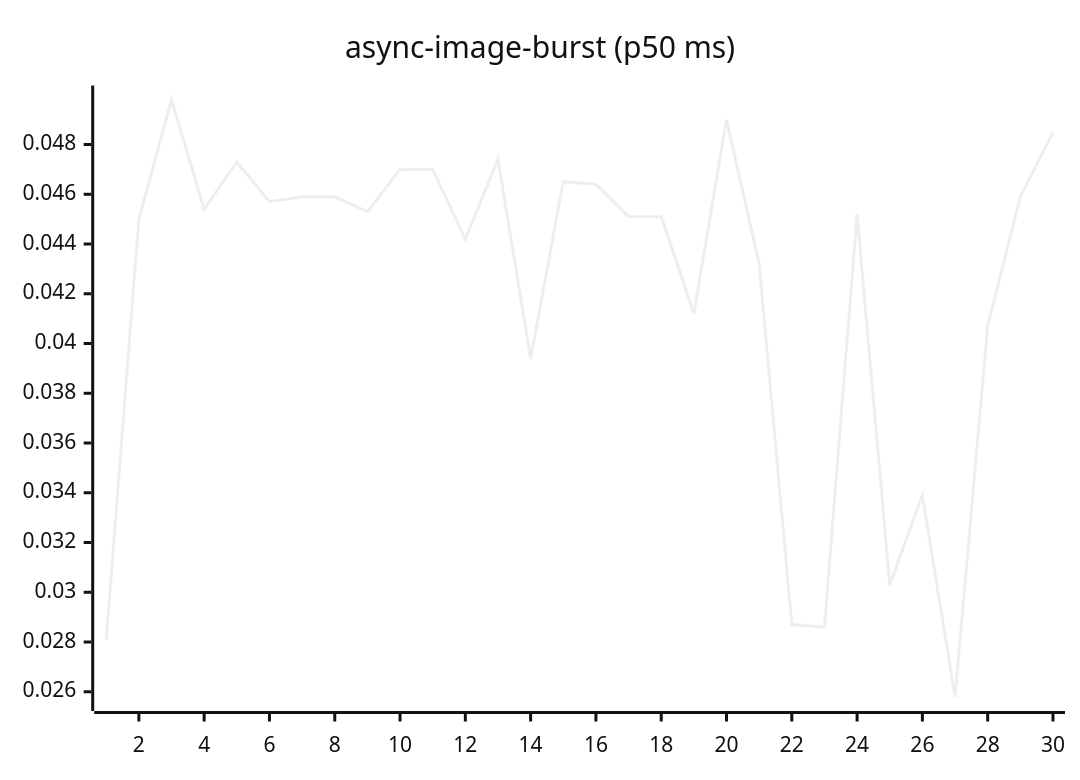
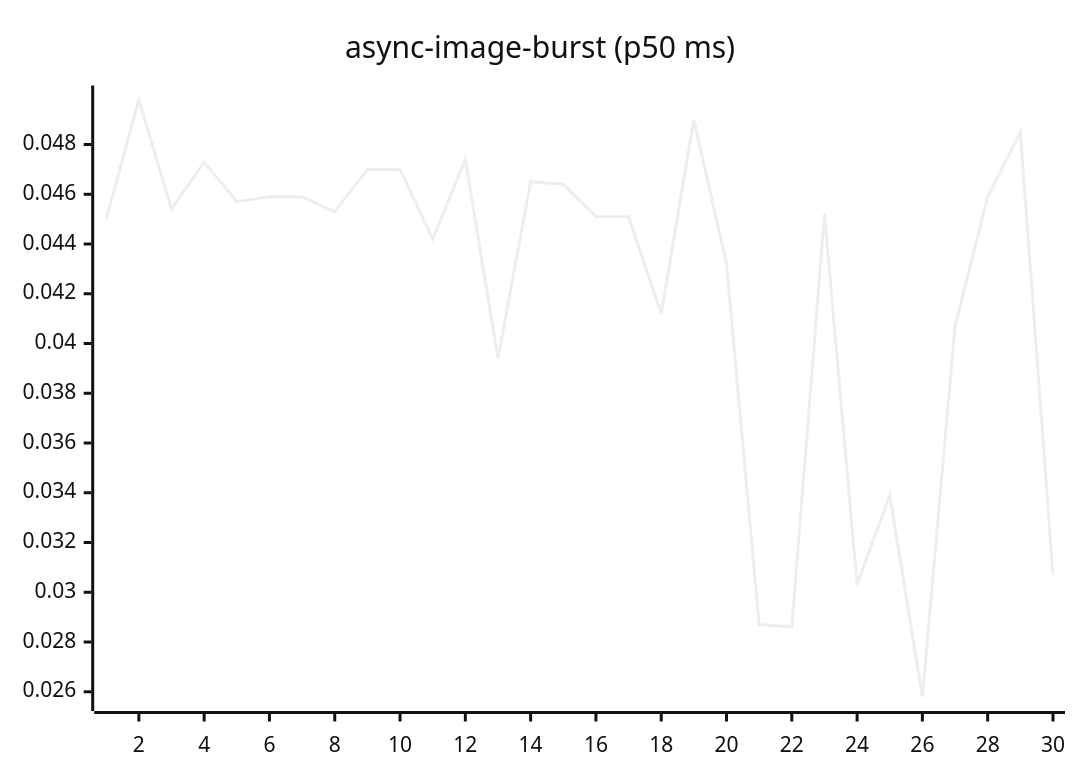
One commit to josha/Facet changed the fourth of 27 diagrams in README.md. Above: the diagram before and after it, drawn with Mermaid (neutral theme). The commit also changed other lines of this file and 2 other files, not shown here.

````diff
--- a/README.md
+++ b/README.md
@@ -84,6 +84,6 @@
 ```mermaid
 xychart-beta
     title "async-image-burst (p50 ms)"
     x-axis 1 --> 30
-    line [0.0281, 0.0450, 0.0498, 0.0454, 0.0473, 0.0457, 0.0459, 0.0459, 0.0453, 0.0470, 0.0470, 0.0442, 0.0474, 0.0394, 0.0465, 0.0464, 0.0451, 0.0451, 0.0412, 0.0490, 0.0432, 0.0287, 0.0286, 0.0452, 0.0303, 0.0339, 0.0258, 0.0407, 0.0459, 0.0485]
+    line [0.0450, 0.0498, 0.0454, 0.0473, 0.0457, 0.0459, 0.0459, 0.0453, 0.0470, 0.0470, 0.0442, 0.0474, 0.0394, 0.0465, 0.0464, 0.0451, 0.0451, 0.0412, 0.0490, 0.0432, 0.0287, 0.0286, 0.0452, 0.0303, 0.0339, 0.0258, 0.0407, 0.0459, 0.0485, 0.0307]
 ```
````
